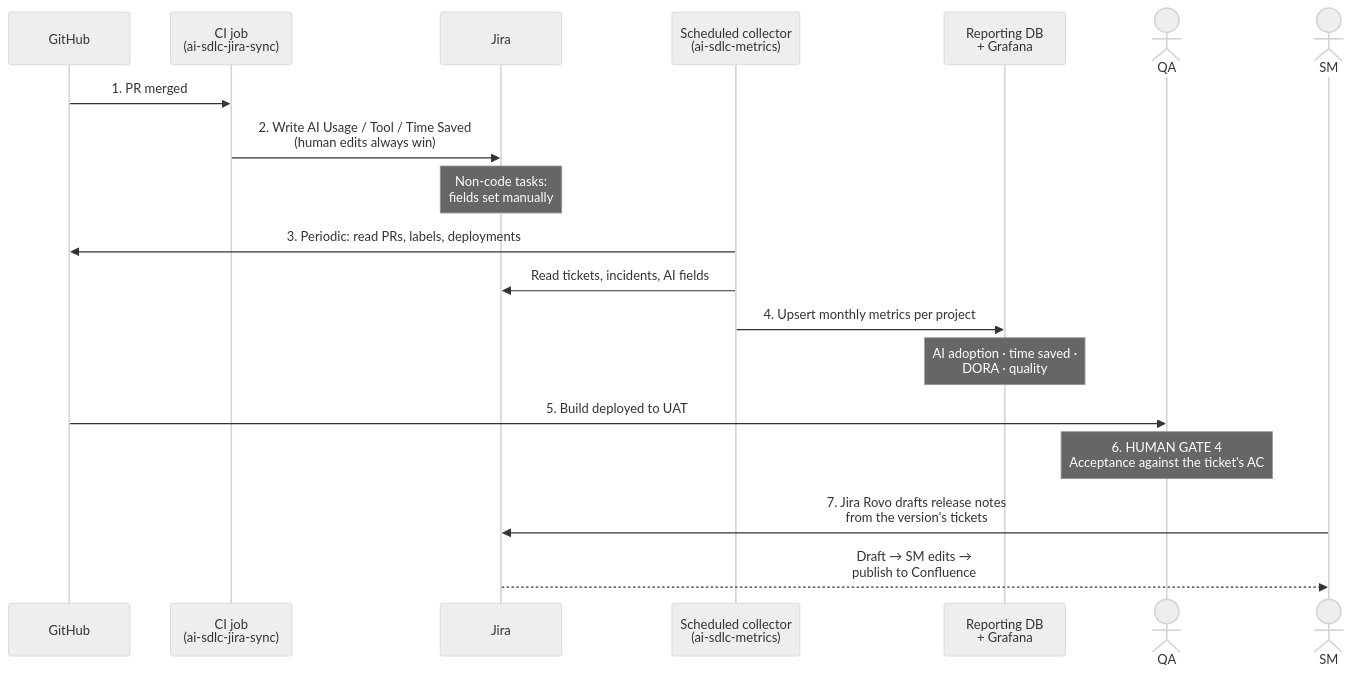
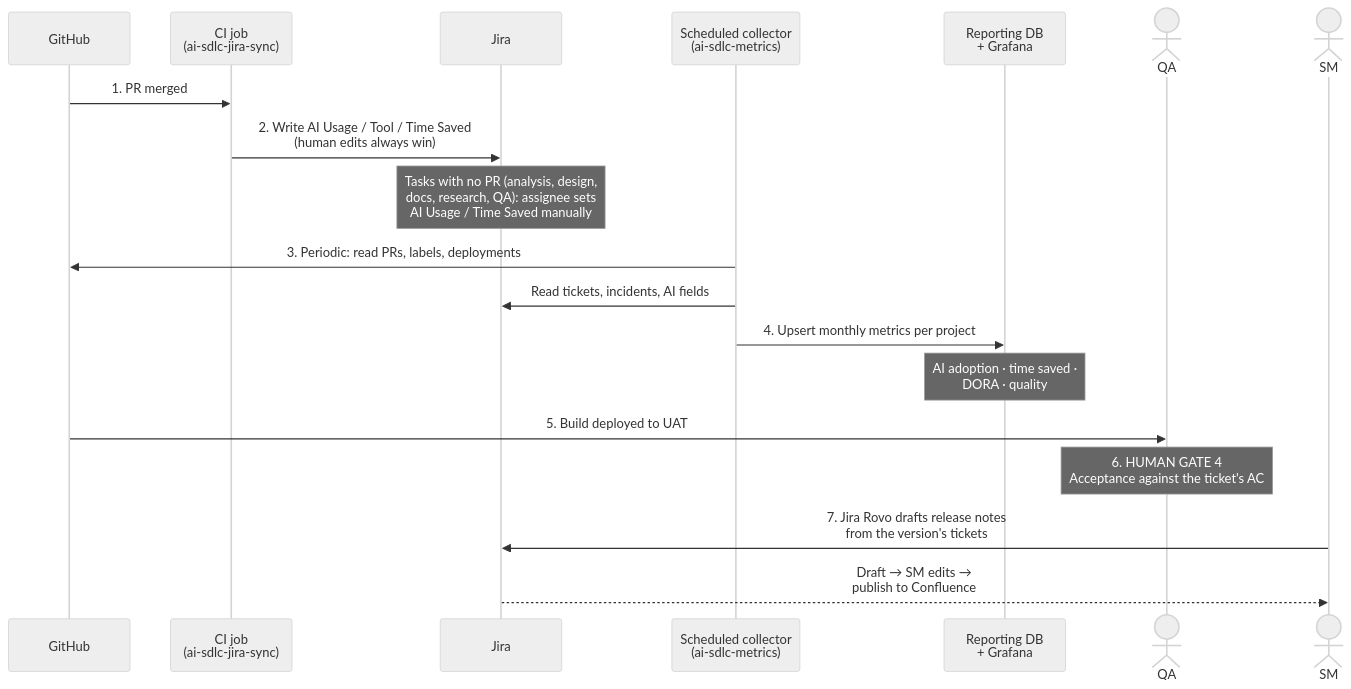
One commit to Seta-International/ai-sdlc-metrics changed the sixth of 6 diagrams in docs/aidc-workflow-future.md. Above: the diagram before and after it, drawn with Mermaid (neutral theme). The commit also changed other lines of this file, not shown here.

Commit message:
docs: clarify manual Jira entry covers all tasks without a PR

````diff
--- a/docs/aidc-workflow-future.md
+++ b/docs/aidc-workflow-future.md
@@ -237,22 +237,22 @@
 ```mermaid
 sequenceDiagram
     participant GH as GitHub
     participant CI as CI job<br/>(ai-sdlc-jira-sync)
     participant Jira
     participant Col as Scheduled collector<br/>(ai-sdlc-metrics)
     participant Graf as Reporting DB<br/>+ Grafana
     actor QA
     actor SM
 
     GH->>CI: 1. PR merged
     CI->>Jira: 2. Write AI Usage / Tool / Time Saved<br/>(human edits always win)
-    Note over Jira: Non-code tasks:<br/>fields set manually
+    Note over Jira: Tasks with no PR (analysis, design,<br/>docs, research, QA): assignee sets<br/>AI Usage / Time Saved manually
     Col->>GH: 3. Periodic: read PRs, labels, deployments
     Col->>Jira: Read tickets, incidents, AI fields
     Col->>Graf: 4. Upsert monthly metrics per project
     Note over Graf: AI adoption · time saved ·<br/>DORA · quality
     GH->>QA: 5. Build deployed to UAT
     Note over QA: 6. HUMAN GATE 4<br/>Acceptance against the ticket's AC
     SM->>Jira: 7. Jira Rovo drafts release notes<br/>from the version's tickets
     Jira-->>SM: Draft → SM edits →<br/>publish to Confluence
 ```
````
